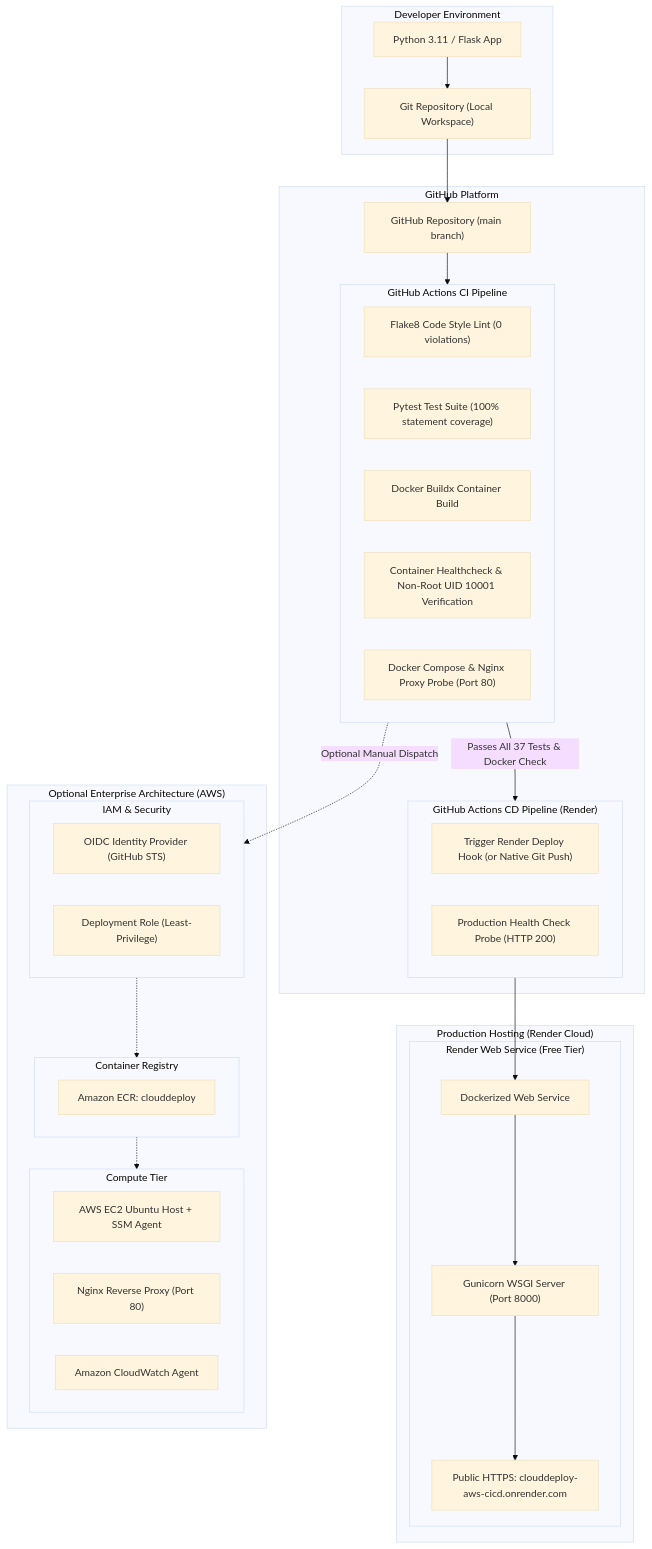
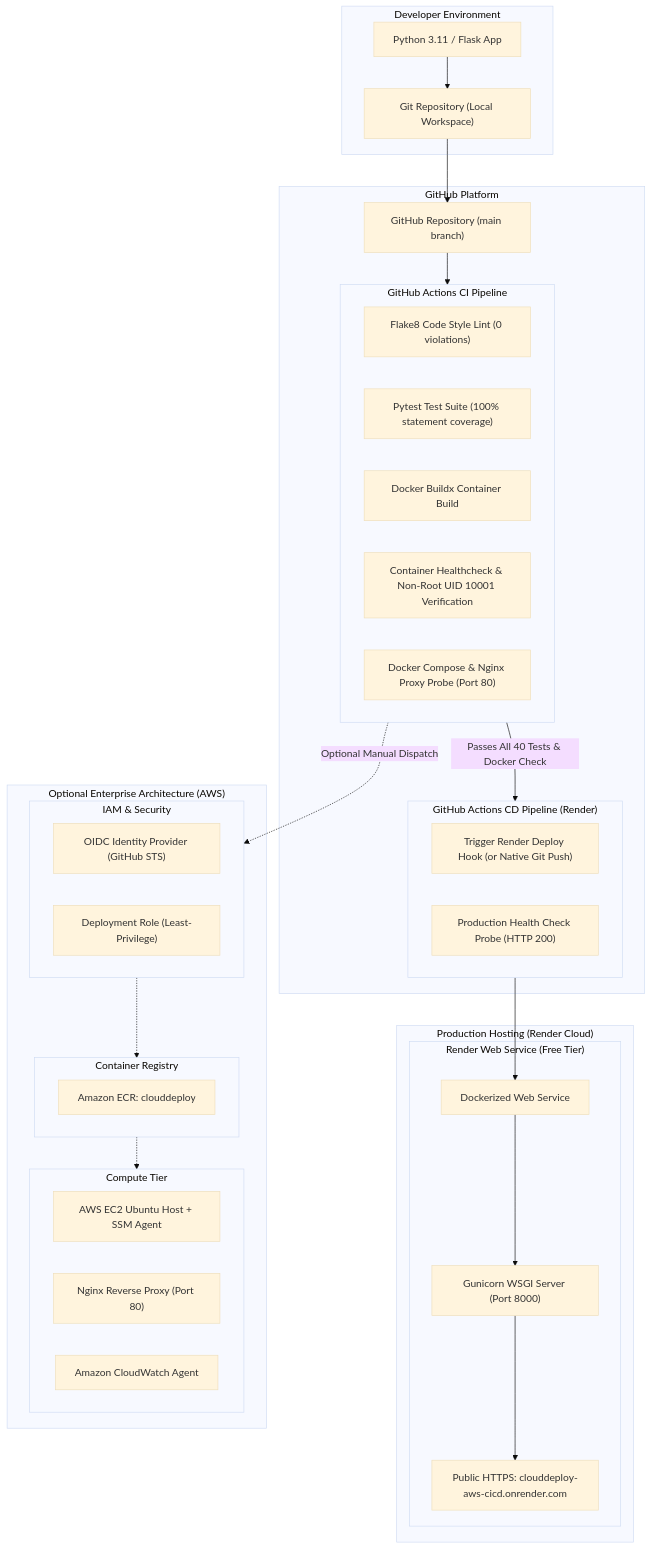
One commit to ullas-reddy-g/CloudDeploy-AWS-CICD changed the diagram in docs/architecture.md. Above: the diagram before and after it, drawn with Mermaid (base theme). The commit also changed other lines of this file and 11 other files, not shown here.

````diff
--- a/docs/architecture.md
+++ b/docs/architecture.md
@@ -13,57 +13,57 @@
 ```mermaid
 flowchart TD
     subgraph Developer_Workstation["Developer Environment"]
         DevCode["Python 3.11 / Flask App"]
         GitRepo["Git Repository (Local Workspace)"]
     end
 
     subgraph GitHub_Platform["GitHub Platform"]
         GHPush["GitHub Repository (main branch)"]
         subgraph GHA_CI["GitHub Actions CI Pipeline"]
             Lint["Flake8 Code Style Lint (0 violations)"]
             Tests["Pytest Test Suite (100% statement coverage)"]
             DockerBuild["Docker Buildx Container Build"]
             RuntimeProbe["Container Healthcheck & Non-Root UID 10001 Verification"]
             ComposeProbe["Docker Compose & Nginx Proxy Probe (Port 80)"]
         end
         subgraph GHA_CD["GitHub Actions CD Pipeline (Render)"]
             DeployTrigger["Trigger Render Deploy Hook (or Native Git Push)"]
             HealthCheckProbe["Production Health Check Probe (HTTP 200)"]
         end
     end
 
     subgraph Render_Cloud["Production Hosting (Render Cloud)"]
         subgraph Render_Runtime["Render Web Service (Free Tier)"]
             RenderService["Dockerized Web Service"]
             GunicornWSGI["Gunicorn WSGI Server (Port 8000)"]
             LiveEndpoint["Public HTTPS: clouddeploy-aws-cicd.onrender.com"]
         end
     end
 
     subgraph AWS_Extension["Optional Enterprise Architecture (AWS)"]
         subgraph AWS_IAM["IAM & Security"]
             OIDCProvider["OIDC Identity Provider (GitHub STS)"]
             DeployRole["Deployment Role (Least-Privilege)"]
         end
         subgraph AWS_ECR["Container Registry"]
             ECRRepo["Amazon ECR: clouddeploy"]
         end
         subgraph AWS_EC2["Compute Tier"]
             EC2Host["AWS EC2 Ubuntu Host + SSM Agent"]
             NginxProxy["Nginx Reverse Proxy (Port 80)"]
             CloudWatchAgent["Amazon CloudWatch Agent"]
         end
     end
 
     DevCode --> GitRepo
     GitRepo --> GHPush
     GHPush --> GHA_CI
-    GHA_CI -->|Passes All 37 Tests & Docker Check| GHA_CD
+    GHA_CI -->|Passes All 40 Tests & Docker Check| GHA_CD
     GHA_CD --> RenderService
     RenderService --> GunicornWSGI
     GunicornWSGI --> LiveEndpoint
 
     GHA_CI -.->|Optional Manual Dispatch| AWS_IAM
     AWS_IAM -.-> AWS_ECR
     AWS_ECR -.-> AWS_EC2
 ```
````
